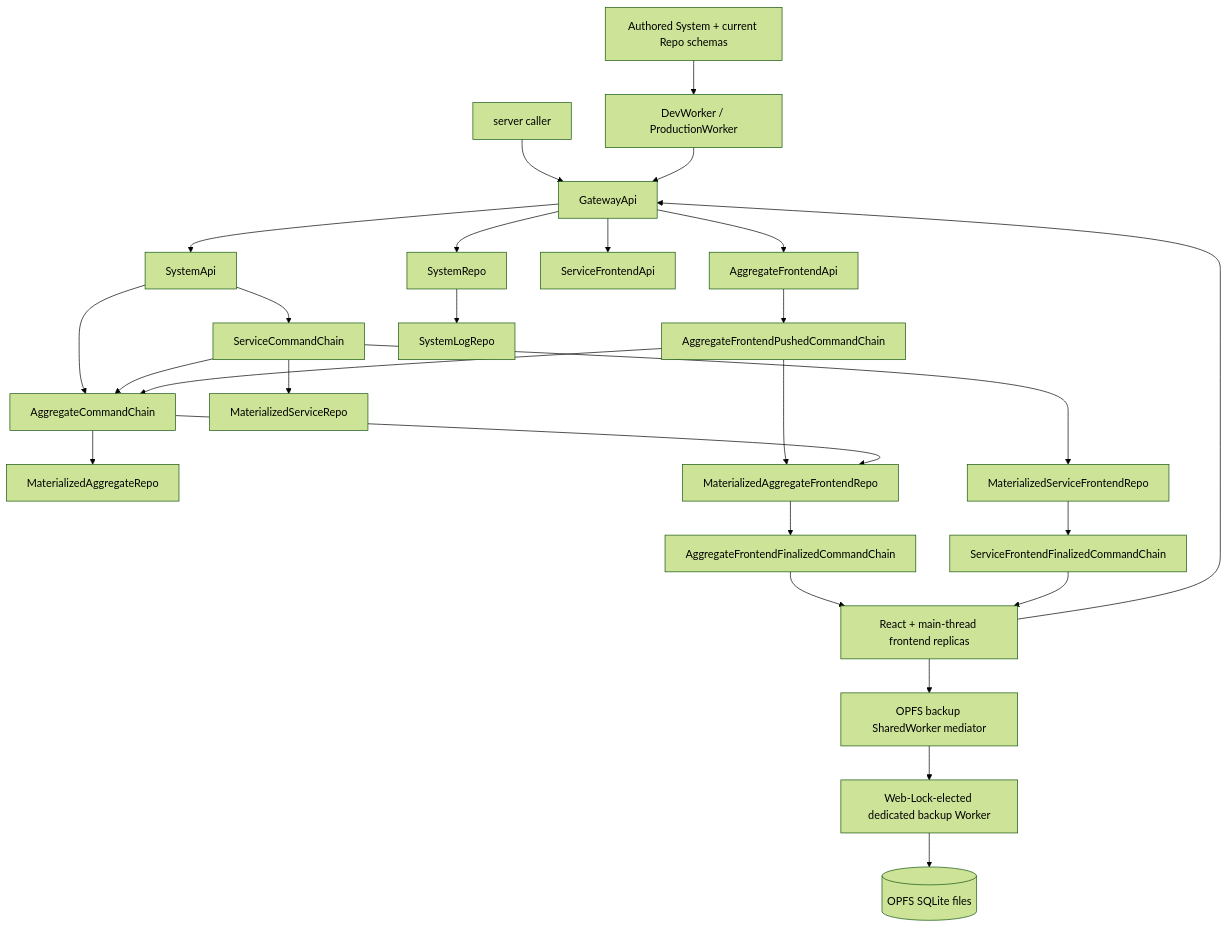
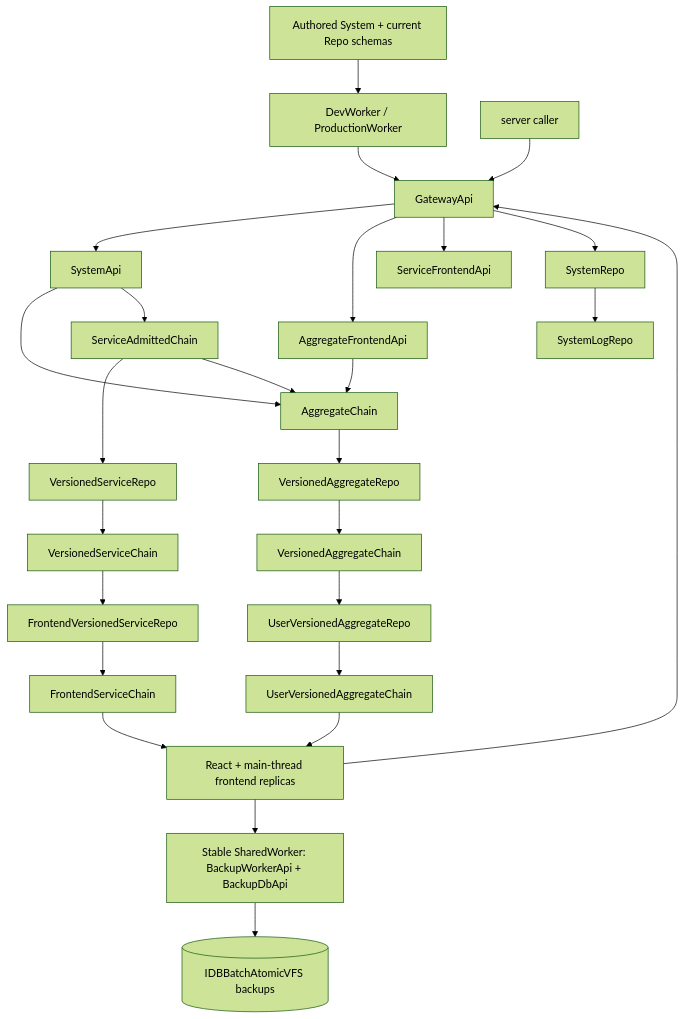
Before and after one commit to morgs32/qrk.sh: the diagram in wiki/overview.md, drawn with Mermaid (forest theme). The commit also changed other lines of this file and 1046 other files, not shown here.

````diff
--- a/wiki/overview.md
+++ b/wiki/overview.md
@@ -18,33 +18,32 @@
 ```mermaid
 flowchart TB
   Source["Authored System + current Repo schemas"] --> Worker["DevWorker / ProductionWorker"]
   Browser["React + main-thread frontend replicas"] --> Gateway[GatewayApi]
-  Browser --> BackupRouter["OPFS backup SharedWorker mediator"]
-  BackupRouter --> BackupLeader["Web-Lock-elected dedicated backup Worker"]
-  BackupLeader --> OPFS[(OPFS SQLite files)]
+  Browser --> BackupWorker["Stable SharedWorker: BackupWorkerApi + BackupDbApi"]
+  BackupWorker --> IndexedDB[(IDBBatchAtomicVFS backups)]
   Operator["server caller"] --> Gateway
   Worker --> Gateway
   Gateway --> SystemApi
   Gateway --> AggregateFrontendApi
   Gateway --> ServiceFrontendApi
 
-  SystemApi --> AggregateCommandChain
-  SystemApi --> ServiceCommandChain
-  AggregateFrontendApi --> AggregateFrontendPushedCommandChain
+  SystemApi --> AggregateChain
+  SystemApi --> ServiceAdmittedChain
+  AggregateFrontendApi --> AggregateChain
 
-  AggregateCommandChain --> MaterializedAggregateRepo
-  ServiceCommandChain --> MaterializedServiceRepo
-  ServiceCommandChain --> AggregateCommandChain
-  AggregateFrontendPushedCommandChain --> MaterializedAggregateFrontendRepo
-  AggregateFrontendPushedCommandChain --> AggregateCommandChain
-  AggregateCommandChain --> MaterializedAggregateFrontendRepo
-  ServiceCommandChain --> MaterializedServiceFrontendRepo
+  AggregateChain --> VersionedAggregateRepo
+  ServiceAdmittedChain --> VersionedServiceRepo
+  ServiceAdmittedChain --> AggregateChain
+  VersionedAggregateRepo --> VersionedAggregateChain
+  VersionedAggregateChain --> UserVersionedAggregateRepo
+  VersionedServiceRepo --> VersionedServiceChain
+  VersionedServiceChain --> FrontendVersionedServiceRepo
 
-  MaterializedAggregateFrontendRepo --> AggregateFrontendFinalizedCommandChain
-  MaterializedServiceFrontendRepo --> ServiceFrontendFinalizedCommandChain
-  AggregateFrontendFinalizedCommandChain --> Browser
-  ServiceFrontendFinalizedCommandChain --> Browser
+  UserVersionedAggregateRepo --> UserVersionedAggregateChain
+  FrontendVersionedServiceRepo --> FrontendServiceChain
+  UserVersionedAggregateChain --> Browser
+  FrontendServiceChain --> Browser
 
   Gateway --> SystemRepo
   SystemRepo --> SystemLogRepo
 ```
````
